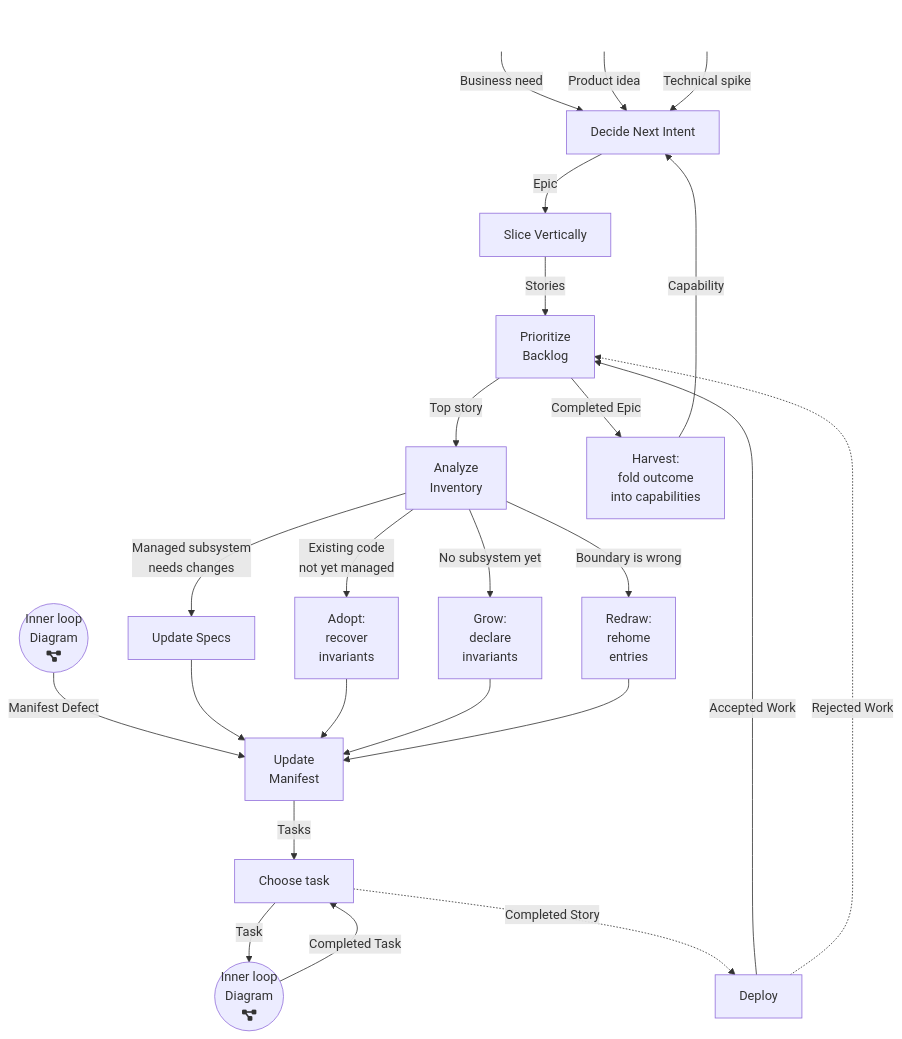
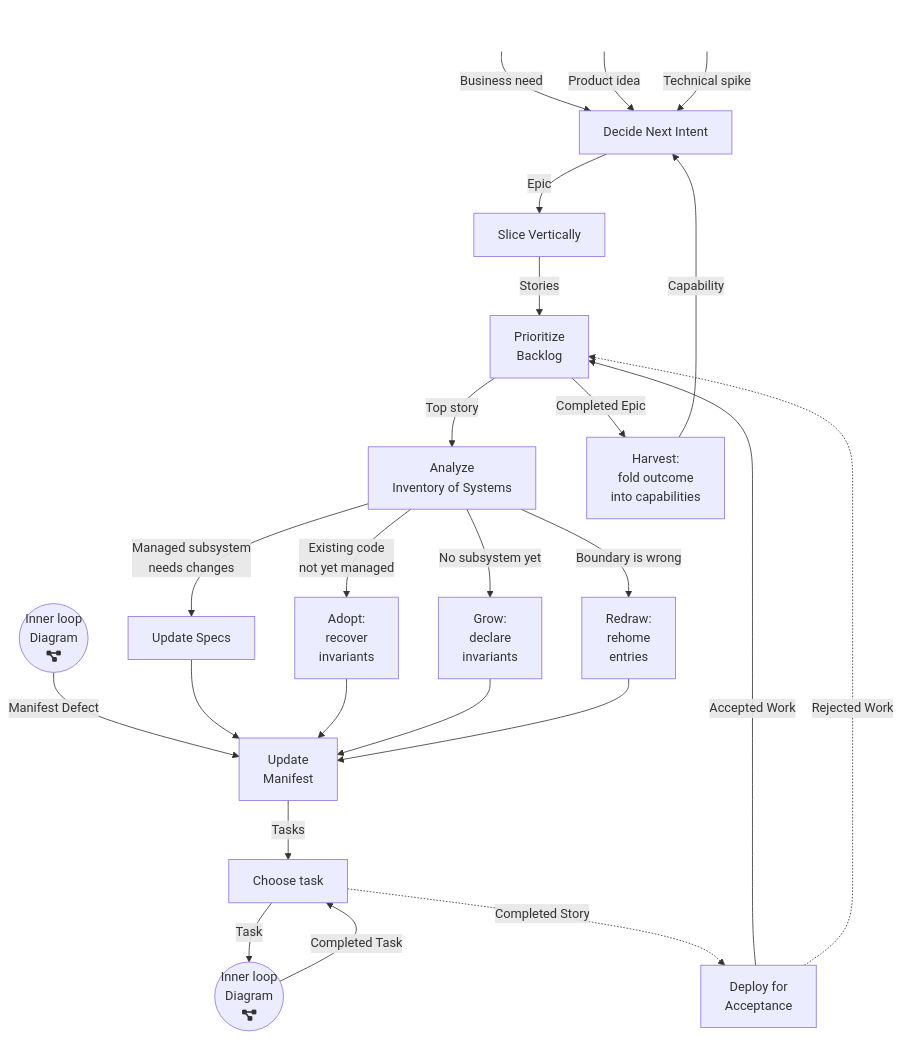
One commit to infews/specs_of_theseus changed the diagram in skills/specs-of-theseus/references/intent-to-tasks.mmd. Above: the diagram before and after it, drawn with Mermaid. The commit also changed other lines of this file and 23 other files, not shown here.

Commit message:
WIP - The only thing great in this commit is the docs/Mermaid

```diff
--- a/skills/specs-of-theseus/references/intent-to-tasks.mmd
+++ b/skills/specs-of-theseus/references/intent-to-tasks.mmd
@@ -1,32 +1,32 @@
 ---
 config:
   layout: dagre
   title: Specs of Theseus — Intent to Tasks
 ---
 flowchart TB
     classDef hidden fill:none,stroke:none,color:transparent
 
     S1:::hidden -- Business need --> A["Decide Next Intent"]
     S2:::hidden -- Product idea --> A
     S3:::hidden -- Technical spike --> A
     A -- Epic --> B["Slice Vertically"]
     B -- Stories --> C["Prioritize <br> Backlog"]
     K(("Inner loop <br> Diagram <br> fa:fa-diagram-project")) -- Manifest Defect --> H
 
-    C -- Top story --> E["Analyze <br> Inventory"]
+    C -- Top story --> E["Analyze <br> Inventory of Systems"]
     E -- Managed subsystem <br> needs changes --> F["Update Specs"]
     E -- Existing code <br> not yet managed --> G["Adopt: <br> recover <br> invariants"]
     E -- No subsystem yet --> G2["Grow: <br> declare <br> invariants"]
     E -- Boundary is wrong --> G3["Redraw: <br> rehome <br> entries"]
     F --> H["Update <br> Manifest"]
     G --> H
     G2 --> H
     G3 --> H
     H -- Tasks --> I["Choose task"]
     I -- Task --> J(("Inner loop <br> Diagram <br> fa:fa-diagram-project"))
     J -- Completed Task --> I
-    I -. Completed Story .-> D["Deploy"]
+    I -. Completed Story .-> D["Deploy for <br> Acceptance"]
     D -- Accepted Work --> C
     D -. Rejected Work .-> C
     C -- Completed Epic --> H2["Harvest: <br> fold outcome <br> into capabilities"]
     H2 -- Capability --> A
```
